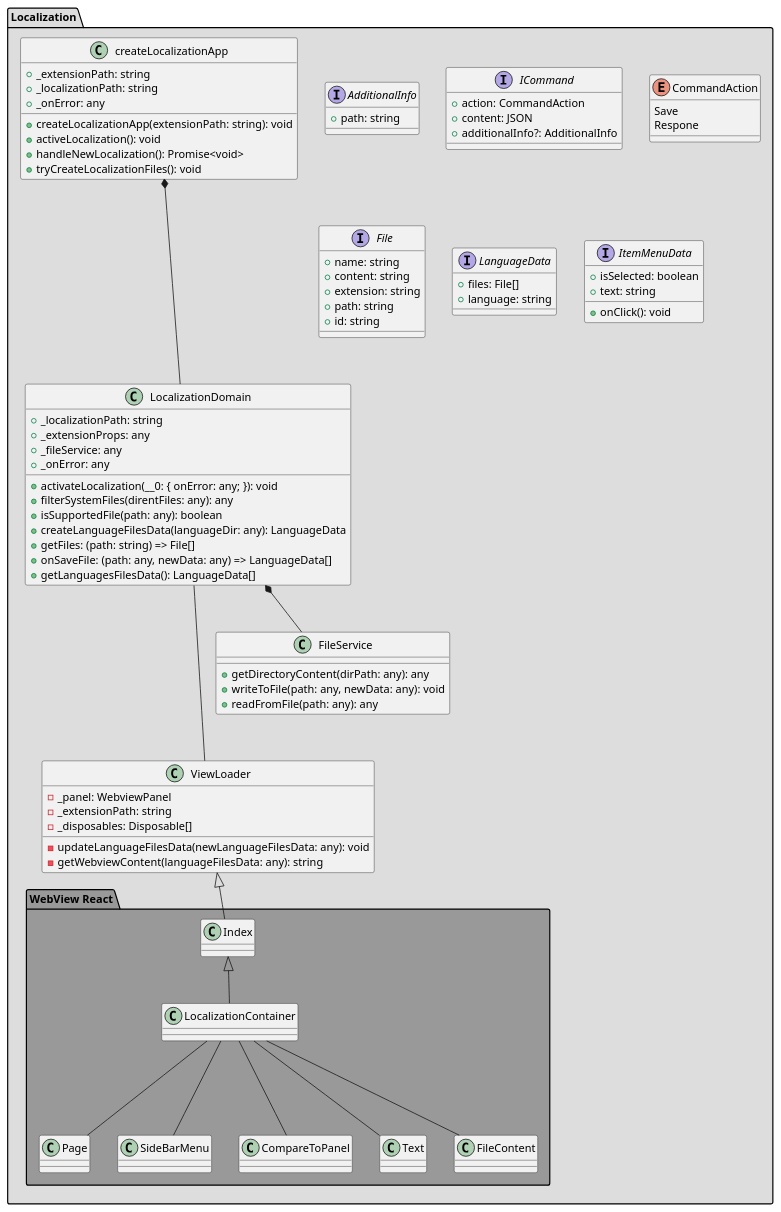
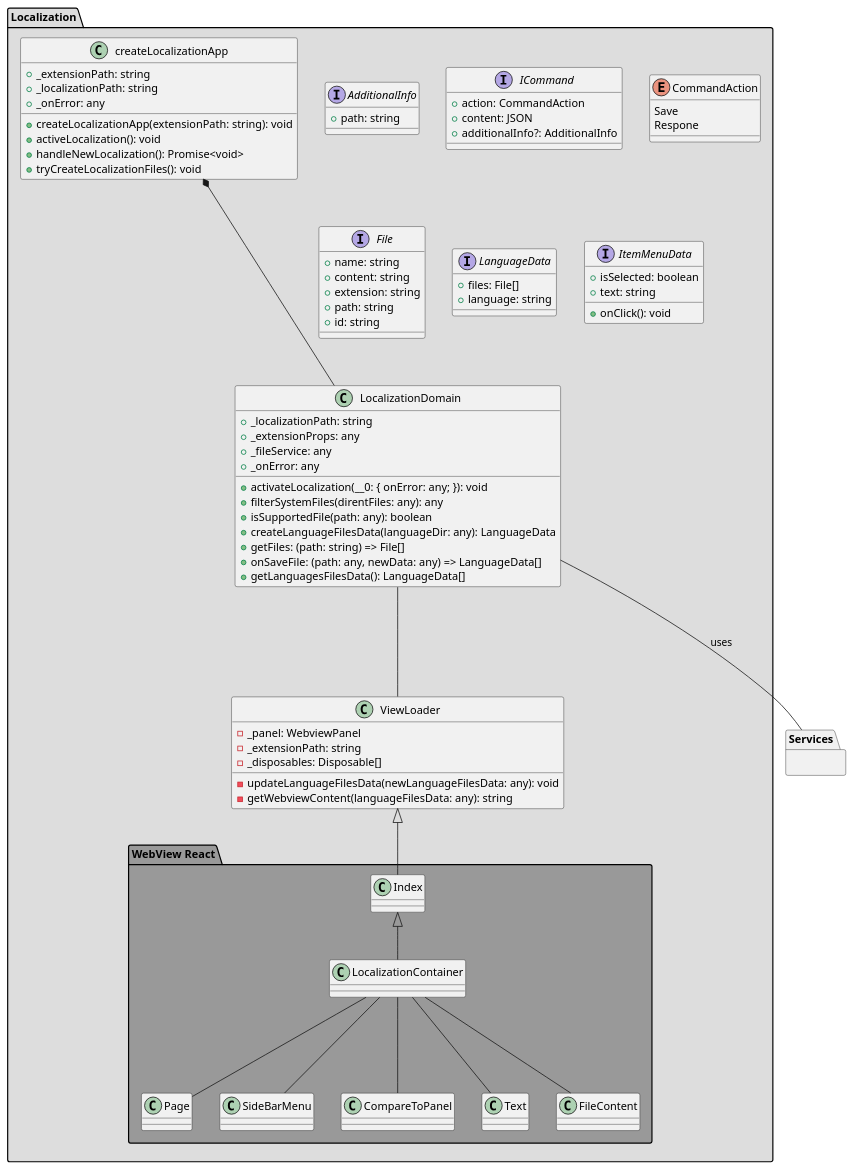
The diagram in diagrams/client/localization.puml (wolfj123/PolicyModelsPlugin), drawn with PlantUML before and after one commit.

Commit message:
update localization puml

```diff
--- a/diagrams/client/localization.puml
+++ b/diagrams/client/localization.puml
@@ -1,101 +1,99 @@
 @startuml
+
+package Services {
+}
 
 package Localization #DDDDDD{
 
 interface AdditionalInfo {
     +path: string
 }
 interface ICommand {
     +action: CommandAction
     +content: JSON
     +additionalInfo?: AdditionalInfo
 }
 enum CommandAction {
     Save
     Respone
 }
 interface File {
     +name: string
     +content: string
     +extension: string
     +path: string
     +id: string
 }
 interface LanguageData {
     +files: File[]
     +language: string
 }
 interface ItemMenuData {
     +isSelected: boolean
     +onClick(): void
     +text: string
 }
 
 class ViewLoader {
     -_panel: WebviewPanel
     -_extensionPath: string
     -_disposables: Disposable[]
     -updateLanguageFilesData(newLanguageFilesData: any): void
     -getWebviewContent(languageFilesData: any): string
 }
 
 class createLocalizationApp {
     +_extensionPath: string
     +_localizationPath: string
     +_onError: any
 
     +createLocalizationApp(extensionPath: string): void
     +activeLocalization(): void
     +handleNewLocalization(): Promise<void>
     +tryCreateLocalizationFiles(): void
 
 }
 
 
 class LocalizationDomain {
     +_localizationPath: string
     +_extensionProps: any
     +_fileService: any
     +_onError: any
     +activateLocalization(__0: { onError: any; }): void
     +filterSystemFiles(direntFiles: any): any
     +isSupportedFile(path: any): boolean
     +createLanguageFilesData(languageDir: any): LanguageData
     +getFiles: (path: string) => File[]
     +onSaveFile: (path: any, newData: any) => LanguageData[]
     +getLanguagesFilesData(): LanguageData[]
 }
 createLocalizationApp *--- LocalizationDomain
-LocalizationDomain *-- FileService
 LocalizationDomain --- ViewLoader
 
-
-
-class FileService {
-    +getDirectoryContent(dirPath: any): any
-    +writeToFile(path: any, newData: any): void
-    +readFromFile(path: any): any
-}
 
 
 package "WebView React" #999999 {
  ViewLoader <|--Index
   class Index {}
   class LocalizationContainer{}
   class Page{}
   class SideBarMenu{}
   class CompareToPanel{}
   class Text{}
   class FileContent{}
 
   Index <|-- LocalizationContainer
   LocalizationContainer --- Page
   LocalizationContainer --- SideBarMenu
   LocalizationContainer --- CompareToPanel
   LocalizationContainer --- Text
   LocalizationContainer --- FileContent
 }
 
 }
 
+LocalizationDomain --- Services :uses
+
+
 @enduml
```
